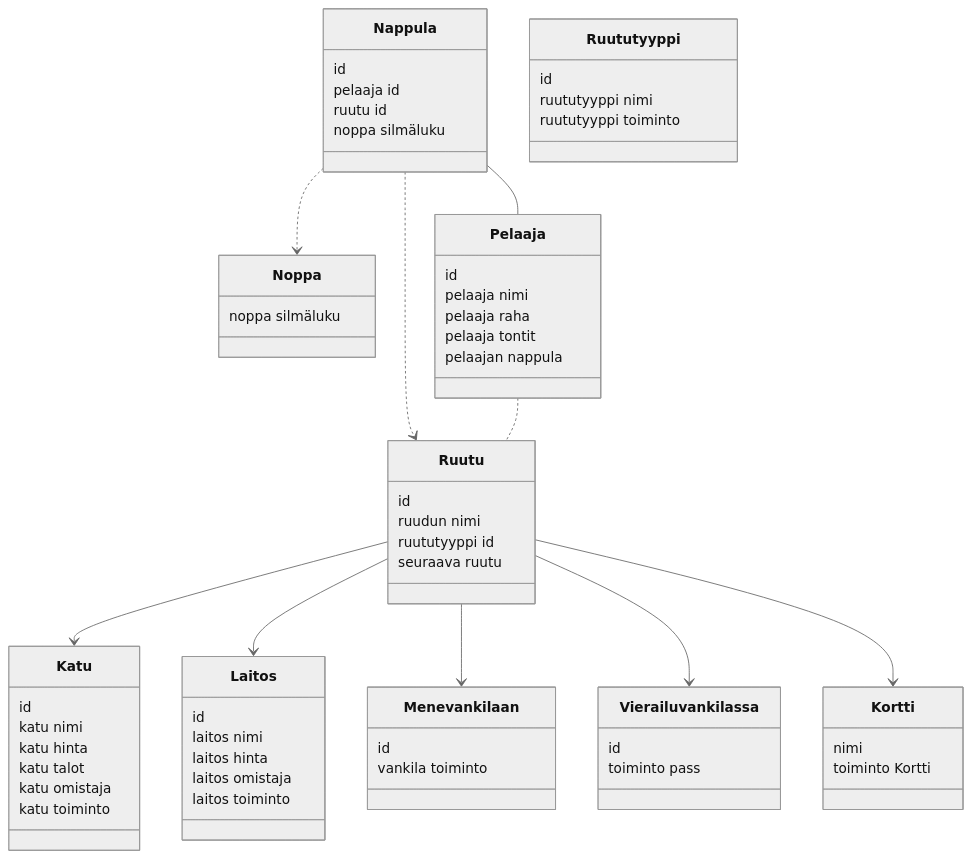
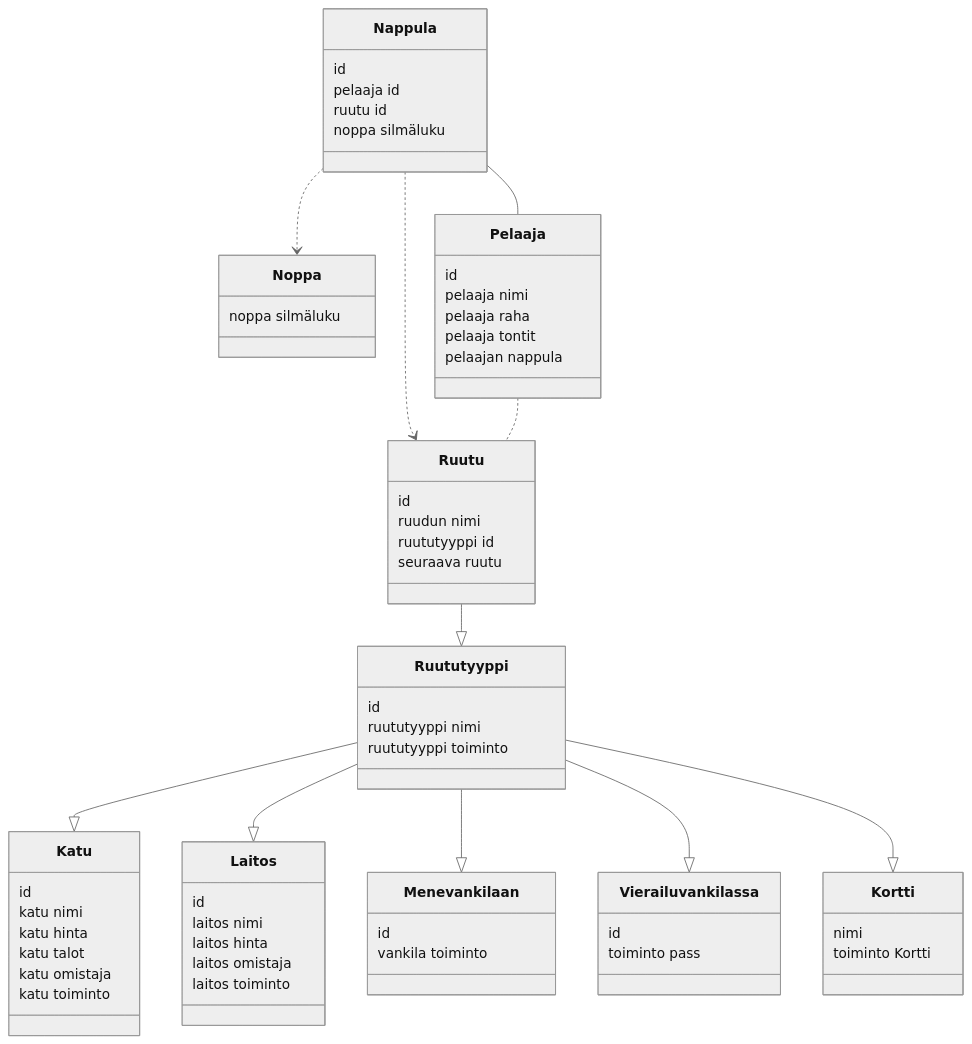
Before and after one commit to asomaki/ot-harjoitustyo: the diagram in laskarit/viikko3/monopoli.md, drawn with Mermaid (neutral theme).

Commit message:
monopolin luokat

````diff
--- a/laskarit/viikko3/monopoli.md
+++ b/laskarit/viikko3/monopoli.md
@@ -2,76 +2,77 @@
 ```mermaid
 classDiagram
         Nappula ..> Ruutu
         Nappula ..> Noppa
         Nappula -- Pelaaja
         Pelaaja .. Ruutu
-	Ruutu --> Katu
-	Ruutu --> Laitos
-	Ruutu --> Mene vankilaan
-	Ruutu --> Vierailu vankilassa
-	Ruutu --> Kortti
+	Ruutu --|> Ruututyyppi
+	Ruututyyppi --|> Katu
+	Ruututyyppi --|> Laitos
+	Ruututyyppi --|> Mene vankilaan
+	Ruututyyppi --|> Vierailu vankilassa
+	Ruututyyppi --|> Kortti
 
 
         class Nappula{
             id
             pelaaja id
             ruutu id
             noppa silmäluku
         }
 
         class Ruutu{
             id
             ruudun nimi
 	    ruututyyppi id
             seuraava ruutu
         }
 
         class Ruututyyppi{
 	    id
 	    ruututyyppi nimi
 	    ruututyyppi toiminto
 	}
 
 	class Katu{
 	    id
 	    katu nimi
 	    katu hinta
 	    katu talot
 	    katu omistaja
 	    katu toiminto
         }
 
 	class Mene vankilaan{
 	    id
 	    vankila toiminto
 	}
 
 	class Vierailu vankilassa{
 	    id
 	    toiminto pass
 	}
 
 	class Laitos{
 	    id
 	    laitos nimi
 	    laitos hinta
 	    laitos omistaja
 	    laitos toiminto
         }
 	
 	class Kortti{
 	    nimi
 	    toiminto Kortti
 	}
 
 	class Noppa{
             noppa silmäluku
         }
         class Pelaaja{
             id
             pelaaja nimi
             pelaaja raha
             pelaaja tontit
             pelaajan nappula    
         }
 ```
````
